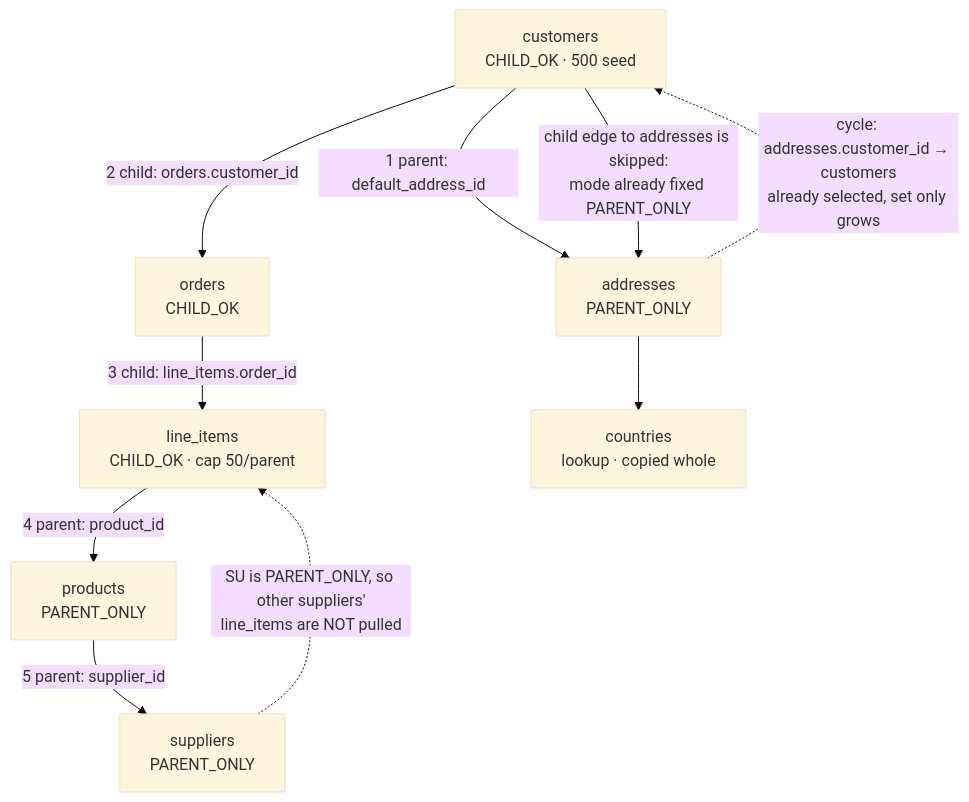
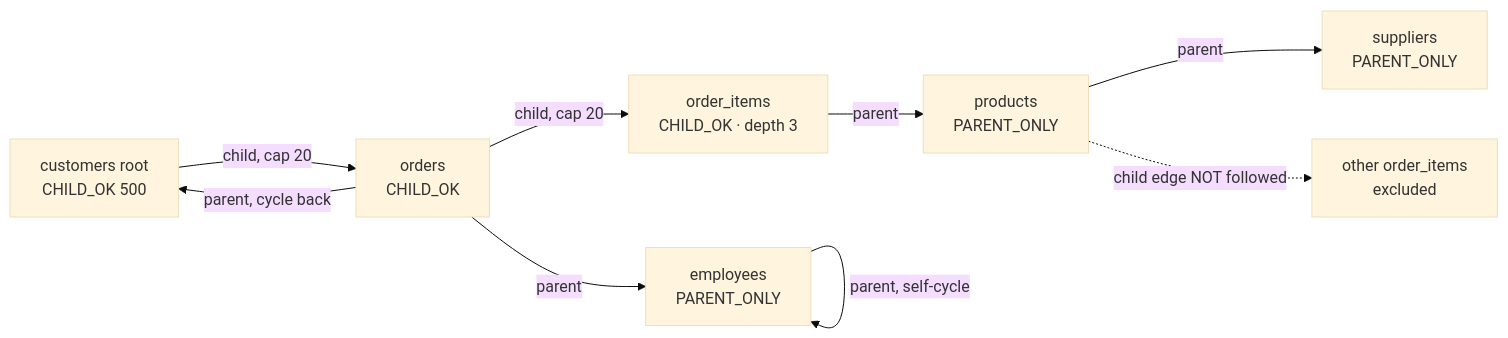
One commit to Liarea/lazyslice changed the second of 2 diagrams in research/proposals/user-first.md. Above: the diagram before and after it, drawn with Mermaid (base theme). The commit also changed other lines of this file and 26 other files, not shown here.

Commit message:
Phase 2 closed: ADRs 001-006 accepted, ARCHITECTURE.md, THREAT_MODEL.md; phase 3 opened

````diff
--- a/research/proposals/user-first.md
+++ b/research/proposals/user-first.md
@@ -85,20 +99,11 @@
 ```mermaid
-flowchart TD
-  CU["customers<br/>CHILD_OK · 500 seed"]
-  AD["addresses<br/>PARENT_ONLY"]
-  OR["orders<br/>CHILD_OK"]
-  LI["line_items<br/>CHILD_OK · cap 50/parent"]
-  PR["products<br/>PARENT_ONLY"]
-  SU["suppliers<br/>PARENT_ONLY"]
-  CO["countries<br/>lookup · copied whole"]
-
-  CU -->|"1 parent: default_address_id"| AD
-  AD -.->|"cycle: addresses.customer_id → customers<br/>already selected, set only grows"| CU
-  CU -->|"2 child: orders.customer_id"| OR
-  CU -->|"child edge to addresses is skipped:<br/>mode already fixed PARENT_ONLY"| AD
-  OR -->|"3 child: line_items.order_id"| LI
-  LI -->|"4 parent: product_id"| PR
-  PR -->|"5 parent: supplier_id"| SU
-  SU -.->|"SU is PARENT_ONLY, so other suppliers'<br/>line_items are NOT pulled"| LI
-  AD --> CO
+flowchart LR
+  C["customers root<br/>CHILD_OK 500"] -->|child, cap 20| O["orders<br/>CHILD_OK"]
+  O -->|child, cap 20| OI["order_items<br/>CHILD_OK · depth 3"]
+  OI -->|parent| P["products<br/>PARENT_ONLY"]
+  P -->|parent| S["suppliers<br/>PARENT_ONLY"]
+  O -->|parent| E["employees<br/>PARENT_ONLY"]
+  E -->|"parent, self-cycle"| E
+  O -->|"parent, cycle back"| C
+  P -.->|"child edge NOT followed"| X["other order_items<br/>excluded"]
 ```
````
